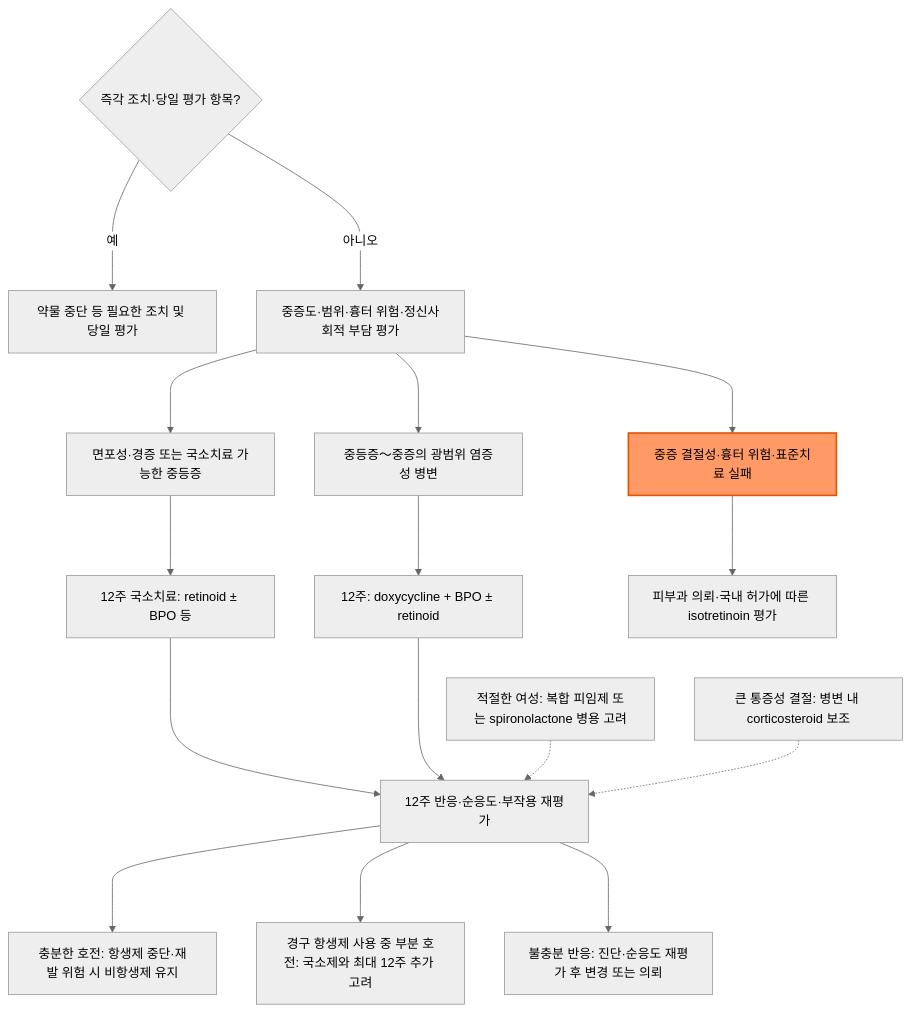
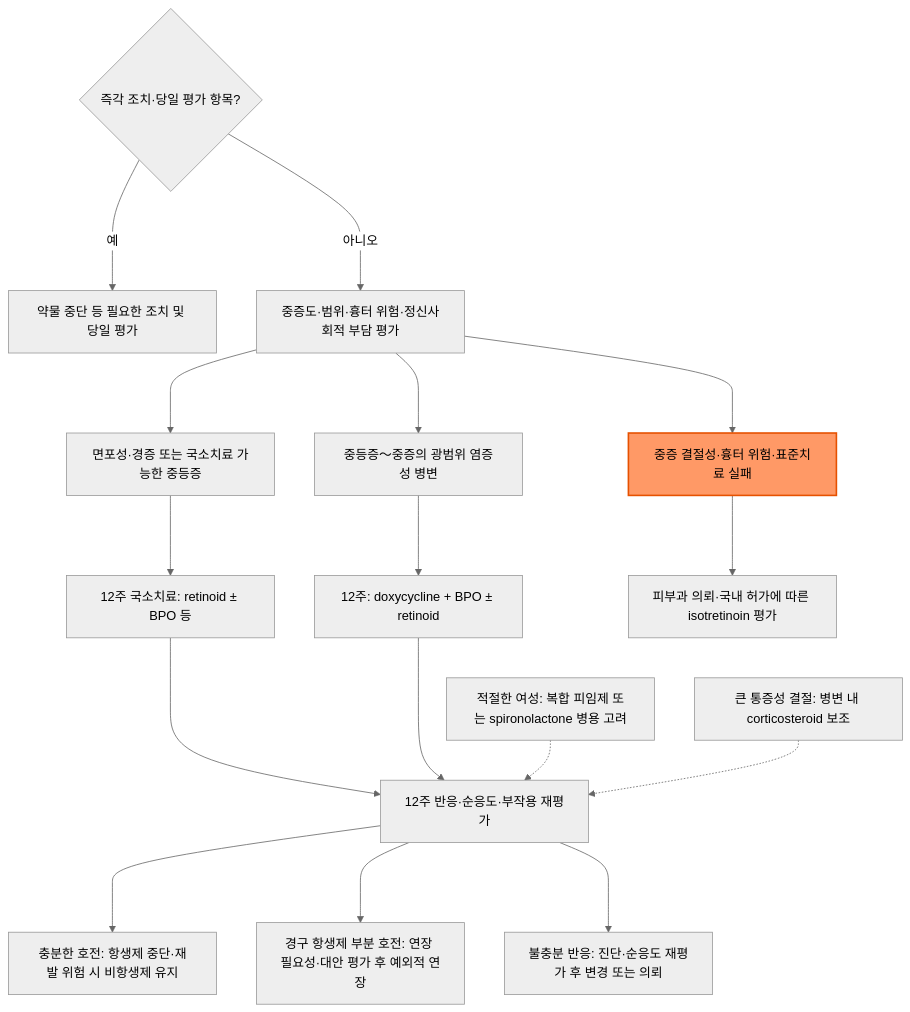
One commit to familyoh77/familyoh77 changed the diagram in 229_/178_-acne-vulgaris.md. Above: the diagram before and after it, drawn with Mermaid (neutral theme). The commit also changed other lines of this file and 9 other files, not shown here.

````diff
--- a/229_/178_-acne-vulgaris.md
+++ b/229_/178_-acne-vulgaris.md
@@ -118,19 +120,19 @@
 ```mermaid
 flowchart TD
     R{"즉각 조치·당일 평가 항목?"} --->|예| U["약물 중단 등 필요한 조치 및 당일 평가"]
     R --->|아니오| A["중증도·범위·흉터 위험·정신사회적 부담 평가"]
     A ---> B["면포성·경증 또는 국소치료 가능한 중등증"]
     A ---> C["중등증～중증의 광범위 염증성 병변"]
     A ---> D["중증 결절성·흉터 위험·표준치료 실패"]
     B ---> E["12주 국소치료: retinoid ± BPO 등"]
     C ---> F["12주: doxycycline + BPO ± retinoid"]
     D ---> H["피부과 의뢰·국내 허가에 따른 isotretinoin 평가"]
     E ---> I["12주 반응·순응도·부작용 재평가"]
     F ---> I
     I ---> J["충분한 호전: 항생제 중단·재발 위험 시 비항생제 유지"]
-    I ---> K["경구 항생제 사용 중 부분 호전: 국소제와 최대 12주 추가 고려"]
+    I ---> K["경구 항생제 부분 호전: 연장 필요성·대안 평가 후 예외적 연장"]
     I ---> L["불충분 반응: 진단·순응도 재평가 후 변경 또는 의뢰"]
     G["적절한 여성: 복합 피임제 또는 spironolactone 병용 고려"] -.-> I
     M["큰 통증성 결절: 병변 내 corticosteroid 보조"] -.-> I
     style D fill:#f96,stroke:#e65100,stroke-width:2px
 ```
````
